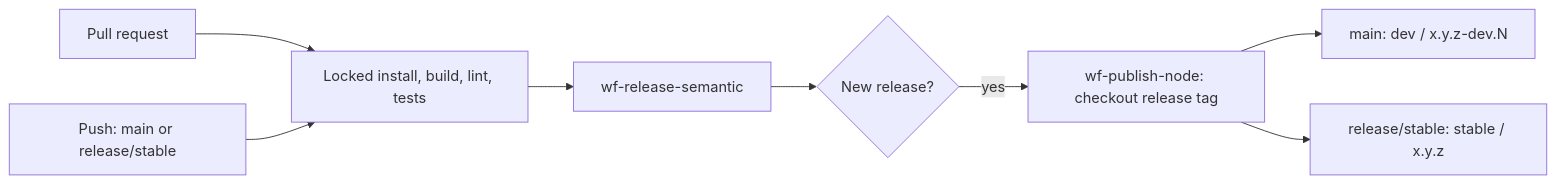
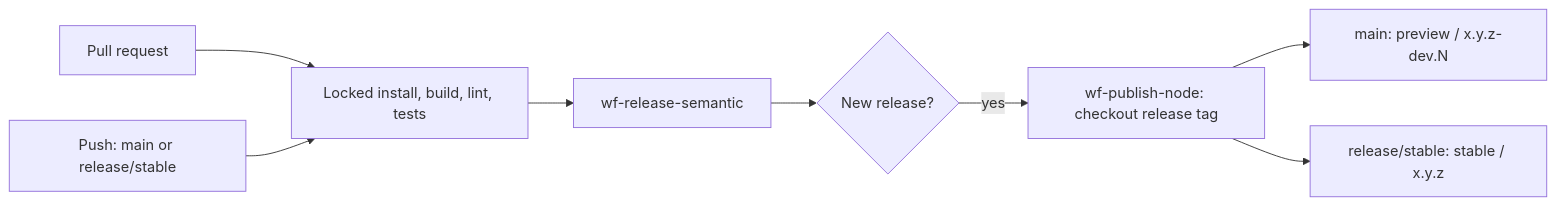
One commit to medrunner-services/ci changed the diagram in docs/package-delivery.md. Above: the diagram before and after it, drawn with Mermaid. The commit also changed other lines of this file and 2 other files, not shown here.

Commit message:
docs(ci): align catalog with expanded release policy

````diff
--- a/docs/package-delivery.md
+++ b/docs/package-delivery.md
@@ -3,10 +3,10 @@
 ```mermaid
 flowchart LR
   PR[Pull request] --> Test[Locked install, build, lint, tests]
   Push[Push: main or release/stable] --> Test
   Test --> Release[wf-release-semantic]
   Release --> New{New release?}
   New -->|yes| Publish[wf-publish-node: checkout release tag]
-  Publish --> Dev[main: dev / x.y.z-dev.N]
+  Publish --> Dev[main: preview / x.y.z-dev.N]
   Publish --> Stable[release/stable: stable / x.y.z]
 ```
````
